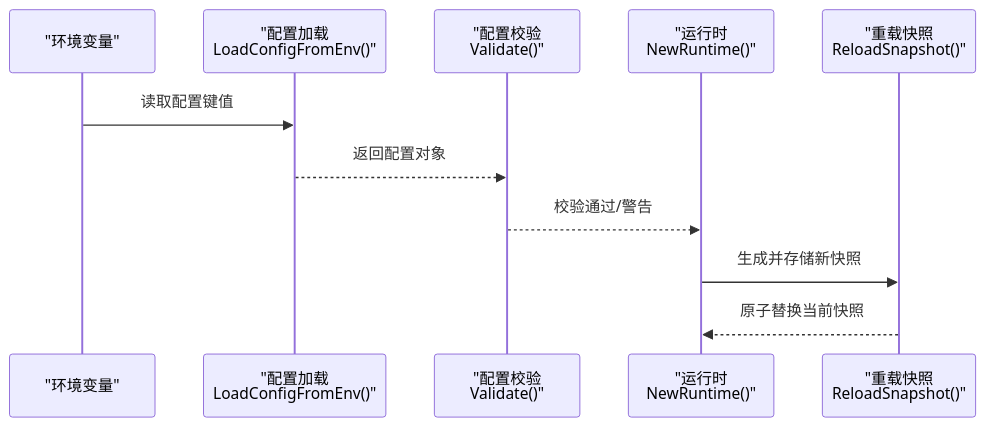
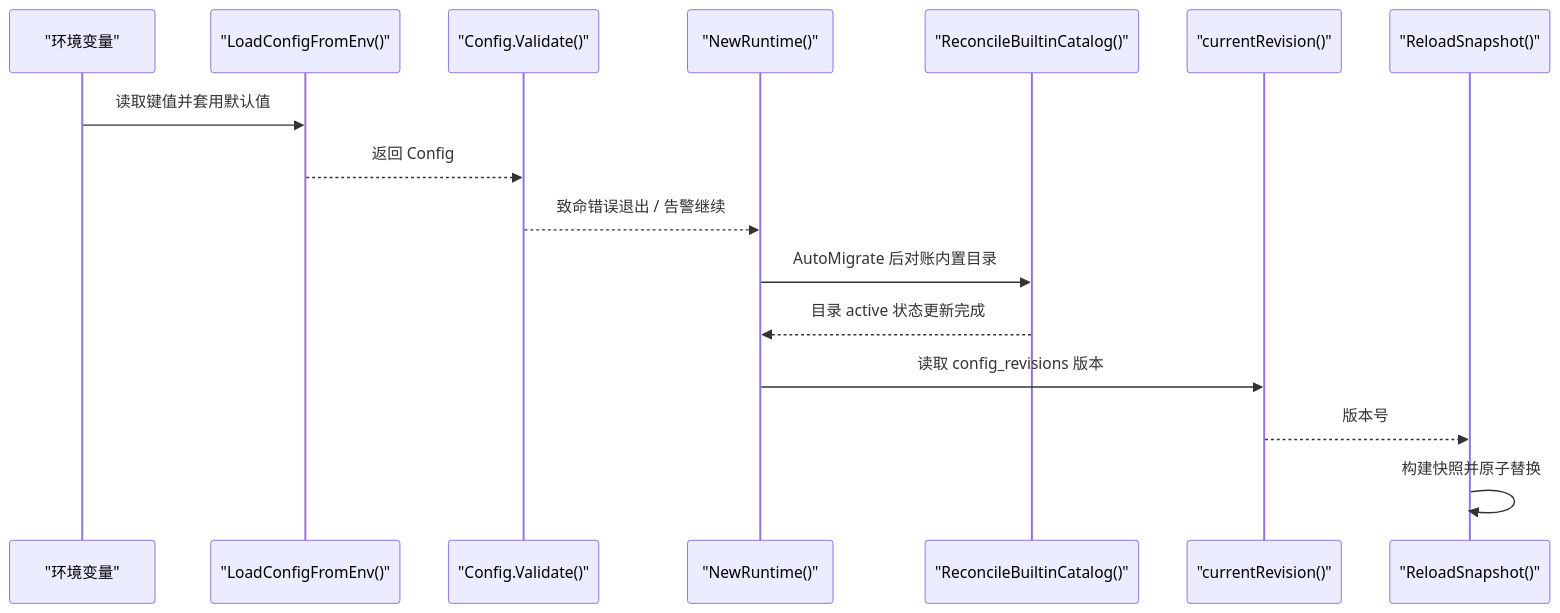
One commit to x01n/My-OpenWaf changed the third of 9 diagrams in docs/安全防护功能/OWASP 检测/配置与管理.md. Above: the diagram before and after it, drawn with Mermaid. The commit also changed other lines of this file and 622 other files, not shown here.

````diff
--- a/docs/安全防护功能/OWASP 检测/配置与管理.md
+++ b/docs/安全防护功能/OWASP 检测/配置与管理.md
@@ -166,13 +215,18 @@
 ```mermaid
 sequenceDiagram
 participant Env as "环境变量"
-participant Cfg as "配置加载<br/>LoadConfigFromEnv()"
-participant Val as "配置校验<br/>Validate()"
-participant RT as "运行时<br/>NewRuntime()"
-participant Snap as "重载快照<br/>ReloadSnapshot()"
-Env->>Cfg : 读取配置键值
-Cfg-->>Val : 返回配置对象
-Val-->>RT : 校验通过/警告
-RT->>Snap : 生成并存储新快照
-Snap-->>RT : 原子替换当前快照
+participant Cfg as "LoadConfigFromEnv()"
+participant Val as "Config.Validate()"
+participant RT as "NewRuntime()"
+participant Rec as "ReconcileBuiltinCatalog()"
+participant Rev as "currentRevision()"
+participant Snap as "ReloadSnapshot()"
+Env->>Cfg : 读取键值并套用默认值
+Cfg-->>Val : 返回 Config
+Val-->>RT : 致命错误退出 / 告警继续
+RT->>Rec : AutoMigrate 后对账内置目录
+Rec-->>RT : 目录 active 状态更新完成
+RT->>Rev : 读取 config_revisions 版本
+Rev-->>Snap : 版本号
+Snap->>Snap : 构建快照并原子替换
 ```
````
